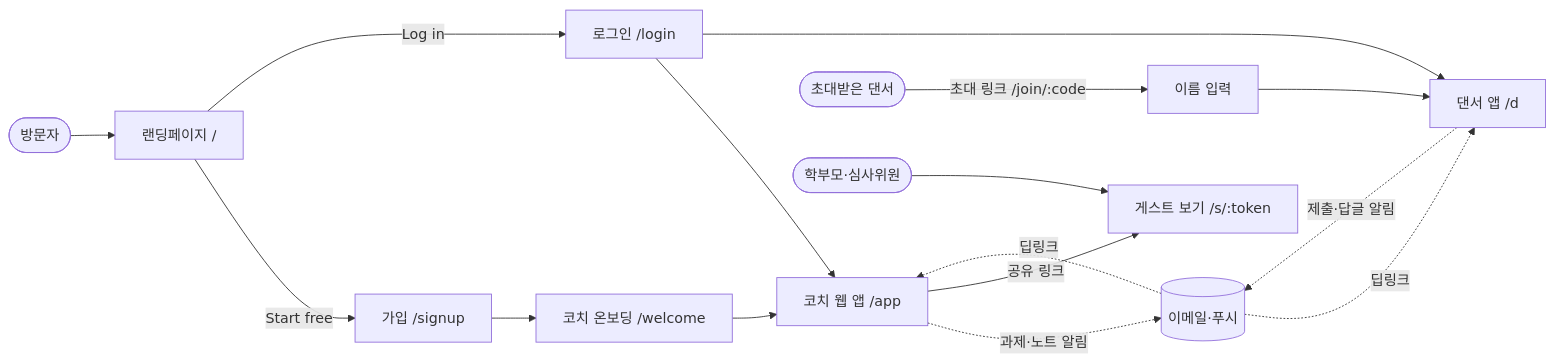
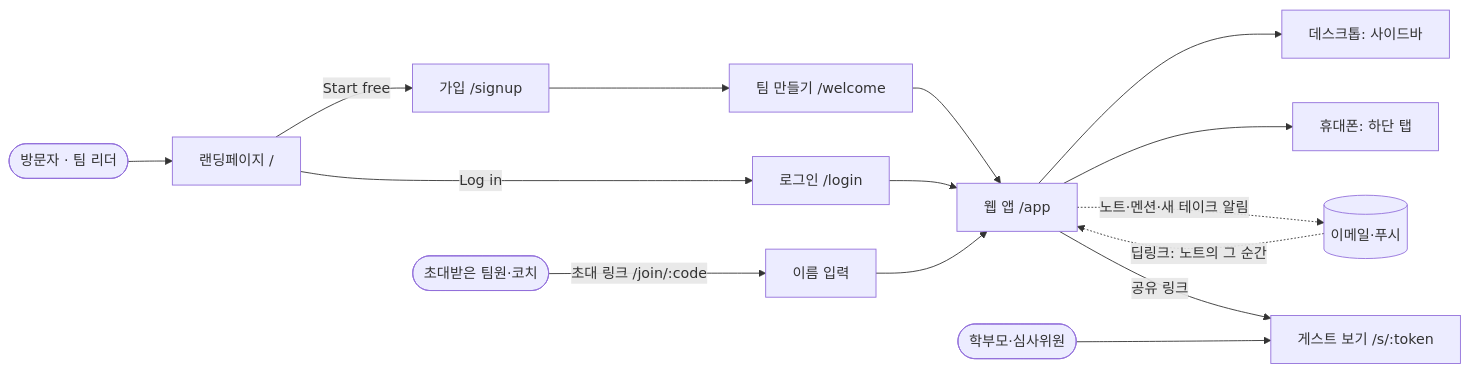
Before and after one commit to hope13710/dancerly: the first of 4 diagrams in docs/01-menu-structure.md, drawn with Mermaid. The commit also changed other lines of this file and 13 other files, not shown here.

````diff
--- a/docs/01-menu-structure.md
+++ b/docs/01-menu-structure.md
@@ -7,21 +7,21 @@
 ```mermaid
 flowchart LR
-  V([방문자]) --> L[랜딩페이지 /]
+  V([방문자 · 팀 리더]) --> L[랜딩페이지 /]
   L -->|Start free| SU[가입 /signup]
   L -->|Log in| LI[로그인 /login]
-  SU --> OB[코치 온보딩 /welcome]
-  OB --> CW[코치 웹 앱 /app]
-  LI --> CW
-  LI --> DM
+  SU --> OB[팀 만들기 /welcome]
+  OB --> APP[웹 앱 /app]
+  LI --> APP
 
-  INV([초대받은 댄서]) -->|초대 링크 /join/:code| JN[이름 입력]
-  JN --> DM[댄서 앱 /d]
+  INV([초대받은 팀원·코치]) -->|초대 링크 /join/:code| JN[이름 입력]
+  JN --> APP
 
-  CW -. 과제·노트 알림 .-> EM[(이메일·푸시)]
-  EM -. 딥링크 .-> DM
-  DM -. 제출·답글 알림 .-> EM
-  EM -. 딥링크 .-> CW
+  APP --> DESK[데스크톱: 사이드바]
+  APP --> MOB[휴대폰: 하단 탭]
 
-  CW -->|공유 링크| SH[게스트 보기 /s/:token]
+  APP -. 노트·멘션·새 테이크 알림 .-> EM[(이메일·푸시)]
+  EM -. 딥링크: 노트의 그 순간 .-> APP
+
+  APP -->|공유 링크| SH[게스트 보기 /s/:token]
   G([학부모·심사위원]) --> SH
 ```
````
